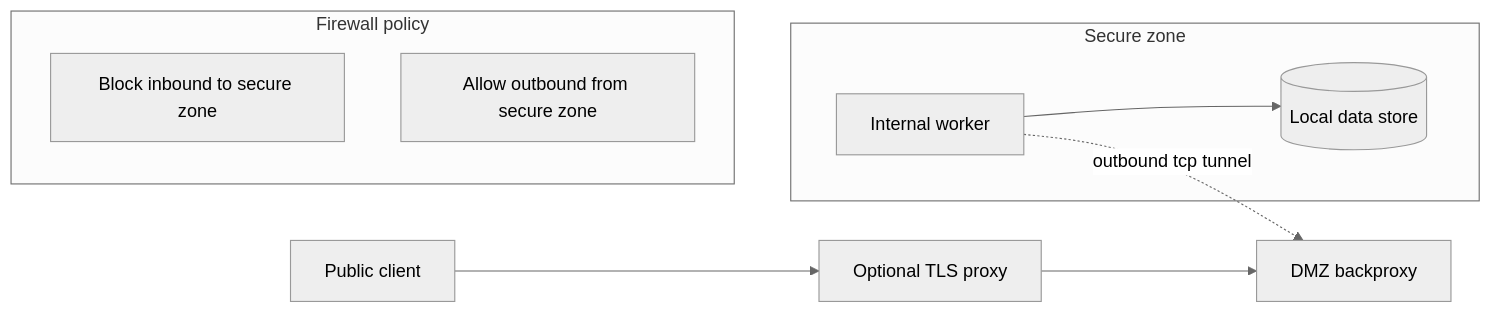
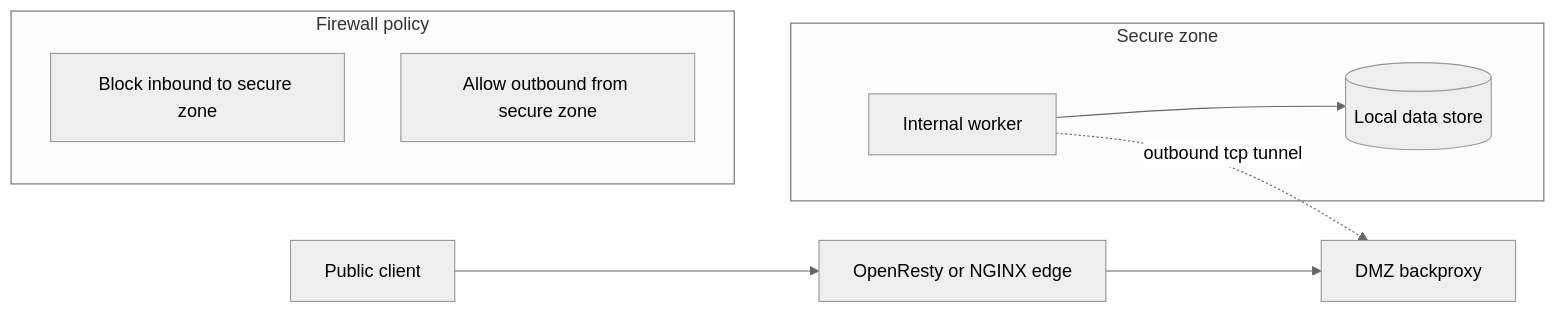
Before and after one commit to lua-lunet/lunet-backproxy: the first of 2 diagrams in README.md, drawn with Mermaid (neutral theme). The commit also changed other lines of this file and 18 other files, not shown here.

Commit message:
Harden DMZ path, modernize xmake flow, and add upstream segfault repro

````diff
--- a/README.md
+++ b/README.md
@@ -21,18 +50,18 @@
 ```mermaid
 flowchart LR
-    Client[Public client] --> NGINX[Optional TLS proxy]
+    Client[Public client] --> NGINX[OpenResty or NGINX edge]
     NGINX --> DMZ[DMZ backproxy]
 
     subgraph FW[Firewall policy]
       Rule[Block inbound to secure zone]
       Rule2[Allow outbound from secure zone]
     end
 
     subgraph Secure[Secure zone]
       Worker[Internal worker]
       DB[(Local data store)]
     end
 
     Worker -. outbound tcp tunnel .-> DMZ
     Worker --> DB
 ```
````
